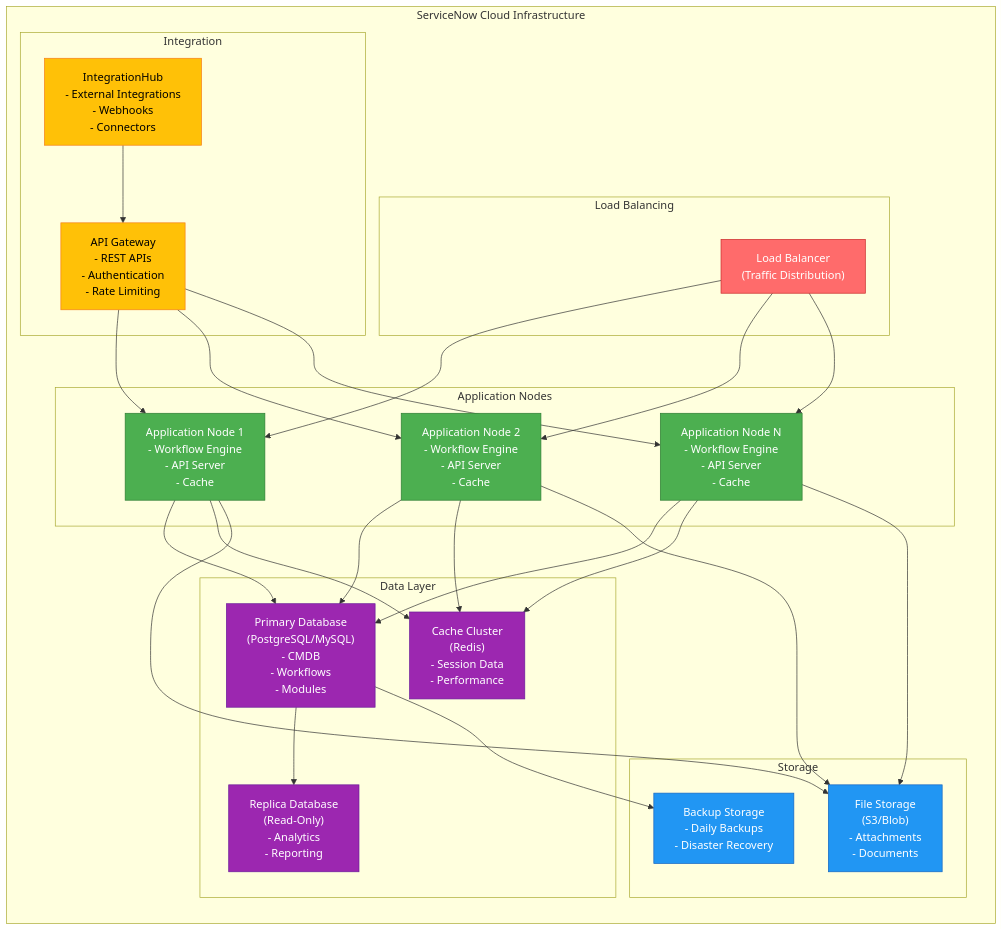
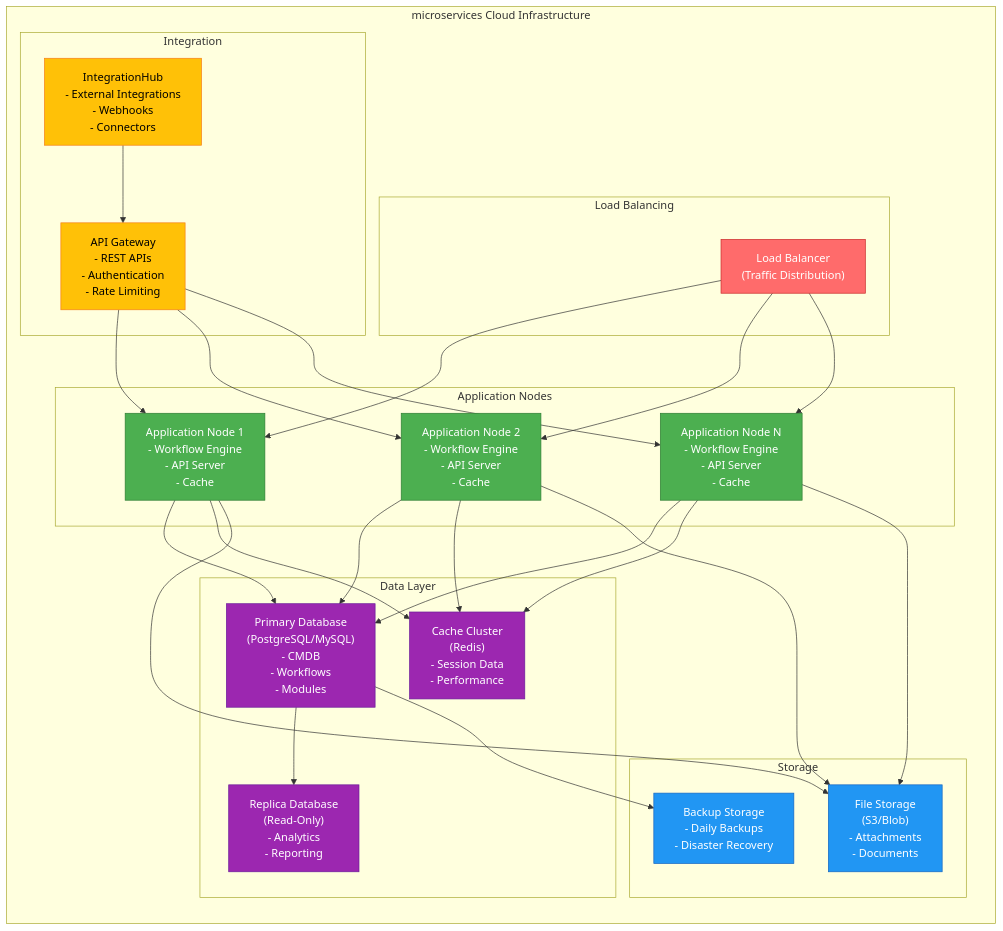
The eighth of 13 diagrams in ref/servicenow_c4_architecture.md (kmkrr51/Microservices-reactjs-springboot), drawn with Mermaid before and after one commit. The commit also changed other lines of this file and 36 other files, not shown here.

````diff
--- a/ref/servicenow_c4_architecture.md
+++ b/ref/servicenow_c4_architecture.md
@@ -364,69 +364,69 @@
 ```mermaid
 graph TB
-    subgraph "ServiceNow Cloud Infrastructure"
+    subgraph "microservices Cloud Infrastructure"
         direction TB
         
         subgraph "Load Balancing"
             LB["Load Balancer<br/>(Traffic Distribution)"]
         end
         
         subgraph "Application Nodes"
             Node1["Application Node 1<br/>- Workflow Engine<br/>- API Server<br/>- Cache"]
             Node2["Application Node 2<br/>- Workflow Engine<br/>- API Server<br/>- Cache"]
             Node3["Application Node N<br/>- Workflow Engine<br/>- API Server<br/>- Cache"]
         end
         
         subgraph "Data Layer"
             PrimaryDB["Primary Database<br/>(PostgreSQL/MySQL)<br/>- CMDB<br/>- Workflows<br/>- Modules"]
             ReplicaDB["Replica Database<br/>(Read-Only)<br/>- Analytics<br/>- Reporting"]
             Cache_Cluster["Cache Cluster<br/>(Redis)<br/>- Session Data<br/>- Performance"]
         end
         
         subgraph "Storage"
             FileStore["File Storage<br/>(S3/Blob)<br/>- Attachments<br/>- Documents"]
             Backup["Backup Storage<br/>- Daily Backups<br/>- Disaster Recovery"]
         end
         
         subgraph "Integration"
             APIGateway["API Gateway<br/>- REST APIs<br/>- Authentication<br/>- Rate Limiting"]
             IntegrationHub["IntegrationHub<br/>- External Integrations<br/>- Webhooks<br/>- Connectors"]
         end
         
         LB --> Node1
         LB --> Node2
         LB --> Node3
         
         Node1 --> PrimaryDB
         Node2 --> PrimaryDB
         Node3 --> PrimaryDB
         
         PrimaryDB --> ReplicaDB
         Node1 --> Cache_Cluster
         Node2 --> Cache_Cluster
         Node3 --> Cache_Cluster
         
         Node1 --> FileStore
         Node2 --> FileStore
         Node3 --> FileStore
         
         PrimaryDB --> Backup
         
         APIGateway --> Node1
         APIGateway --> Node2
         APIGateway --> Node3
         
         IntegrationHub --> APIGateway
     end
     
     style LB fill:#FF6B6B,stroke:#C92A2A,color:#fff
     style Node1 fill:#4CAF50,stroke:#2E7D32,color:#fff
     style Node2 fill:#4CAF50,stroke:#2E7D32,color:#fff
     style Node3 fill:#4CAF50,stroke:#2E7D32,color:#fff
     style PrimaryDB fill:#9C27B0,stroke:#6A1B9A,color:#fff
     style ReplicaDB fill:#9C27B0,stroke:#6A1B9A,color:#fff
     style Cache_Cluster fill:#9C27B0,stroke:#6A1B9A,color:#fff
     style FileStore fill:#2196F3,stroke:#1565C0,color:#fff
     style Backup fill:#2196F3,stroke:#1565C0,color:#fff
     style APIGateway fill:#FFC107,stroke:#F57F17,color:#000
     style IntegrationHub fill:#FFC107,stroke:#F57F17,color:#000
 ```
````
